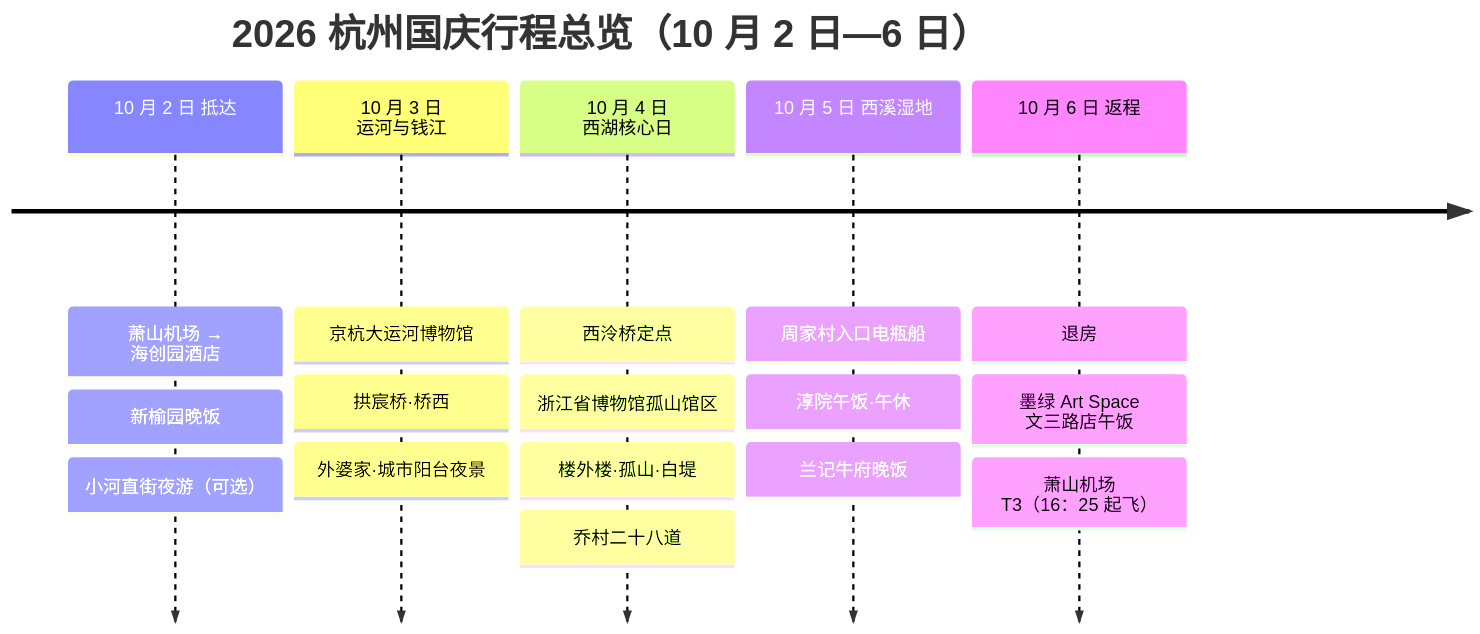
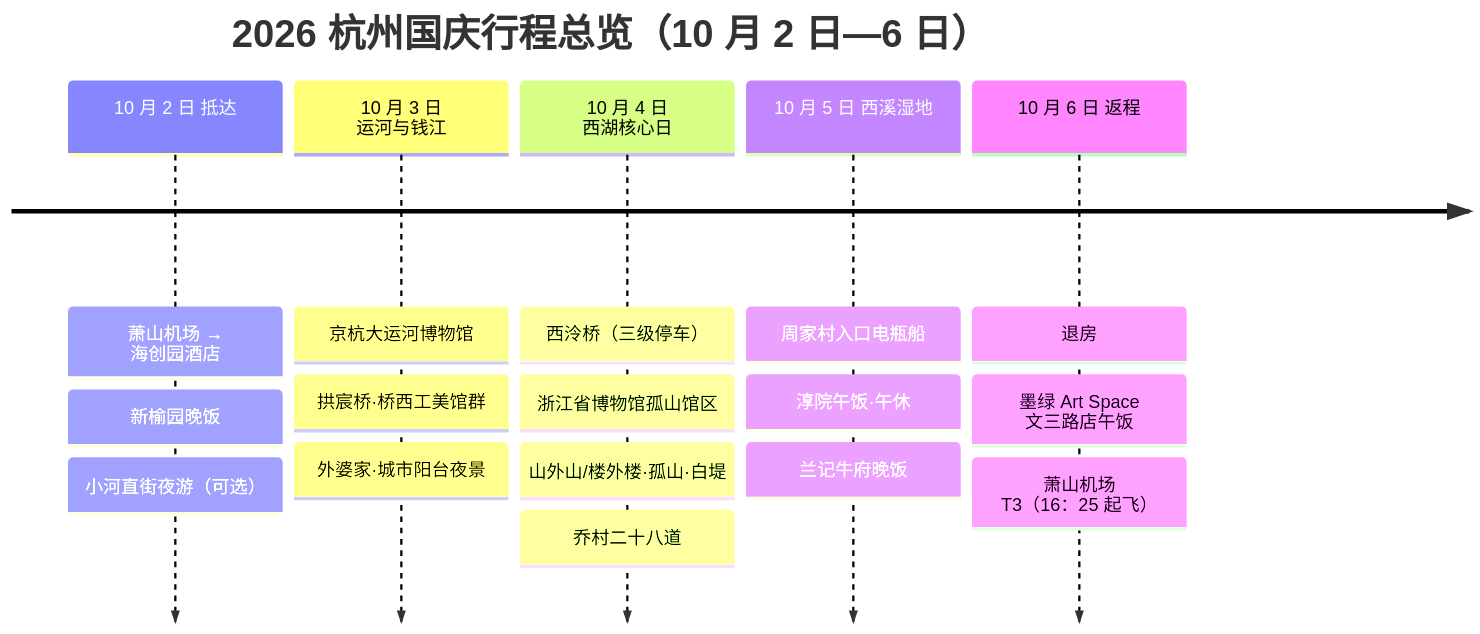
Before and after one commit to TheShadow178/hangzhou-trip: the diagram in docs/index.md, drawn with Mermaid. The commit also changed other lines of this file and 2 other files, not shown here.

First line of the commit message:
10/3 桥西馆群升主线、10/4 山外山+三级停车、10/6 改送机后还车

````diff
--- a/docs/index.md
+++ b/docs/index.md
@@ -73,9 +73,9 @@
 ```mermaid
 timeline
     title 2026 杭州国庆行程总览（10 月 2 日—6 日）
         10 月 2 日 抵达 : 萧山机场 → 海创园酒店 : 新榆园晚饭 : 小河直街夜游（可选）
-        10 月 3 日 运河与钱江 : 京杭大运河博物馆 : 拱宸桥·桥西 : 外婆家·城市阳台夜景
-        10 月 4 日 西湖核心日 : 西泠桥定点 : 浙江省博物馆孤山馆区 : 楼外楼·孤山·白堤 : 乔村二十八道
+        10 月 3 日 运河与钱江 : 京杭大运河博物馆 : 拱宸桥·桥西工美馆群 : 外婆家·城市阳台夜景
+        10 月 4 日 西湖核心日 : 西泠桥（三级停车） : 浙江省博物馆孤山馆区 : 山外山/楼外楼·孤山·白堤 : 乔村二十八道
         10 月 5 日 西溪湿地 : 周家村入口电瓶船 : 淳院午饭·午休 : 兰记牛府晚饭
         10 月 6 日 返程 : 退房 : 墨绿 Art Space 文三路店午饭 : 萧山机场 T3（16：25 起飞）
 ```
````
